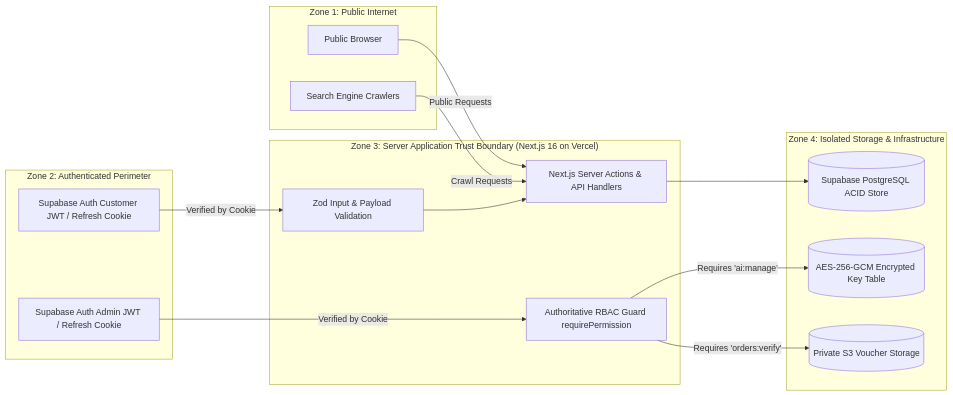
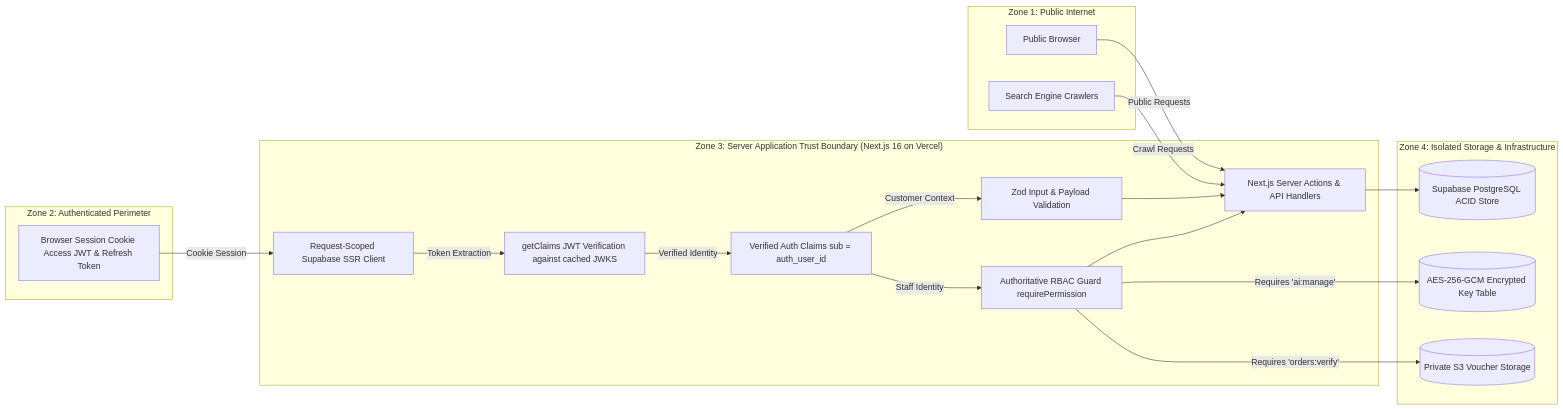
One commit to SaeBryxn/GamerPeru-Vercel changed the second of 2 diagrams in docs/architecture/TECHNOLOGY_ARCHITECTURE.md. Above: the diagram before and after it, drawn with Mermaid. The commit also changed other lines of this file and 4 other files, not shown here.

Commit message:
docs: finalize Supabase Auth integration semantics

````diff
--- a/docs/architecture/TECHNOLOGY_ARCHITECTURE.md
+++ b/docs/architecture/TECHNOLOGY_ARCHITECTURE.md
@@ -137,34 +137,40 @@
 ```mermaid
 graph LR
     subgraph "Zone 1: Public Internet"
         Browser[Public Browser]
         Bot[Search Engine Crawlers]
     end
     
     subgraph "Zone 2: Authenticated Perimeter"
-        CustSession[Supabase Auth Customer JWT / Refresh Cookie]
-        AdminSession[Supabase Auth Admin JWT / Refresh Cookie]
+        BrowserSession[Browser Session Cookie Access JWT & Refresh Token]
     end
     
     subgraph "Zone 3: Server Application Trust Boundary (Next.js 16 on Vercel)"
+        SSRClient[Request-Scoped Supabase SSR Client]
+        JWTVerify[getClaims JWT Verification against cached JWKS]
+        AuthClaims[Verified Auth Claims sub = auth_user_id]
         AppServer[Next.js Server Actions & API Handlers]
         ZodValidator[Zod Input & Payload Validation]
         RBACGuard[Authoritative RBAC Guard requirePermission]
     end
     
     subgraph "Zone 4: Isolated Storage & Infrastructure"
         SupabaseDB[(Supabase PostgreSQL ACID Store)]
         Vault[(AES-256-GCM Encrypted Key Table)]
         PrivateProofs[(Private S3 Voucher Storage)]
     end
     
     Browser -->|Public Requests| AppServer
     Bot -->|Crawl Requests| AppServer
-    CustSession -->|Verified by Cookie| ZodValidator
-    AdminSession -->|Verified by Cookie| RBACGuard
+    BrowserSession -->|Cookie Session| SSRClient
+    SSRClient -->|Token Extraction| JWTVerify
+    JWTVerify -->|Verified Identity| AuthClaims
+    AuthClaims -->|Customer Context| ZodValidator
+    AuthClaims -->|Staff Identity| RBACGuard
     
     RBACGuard -->|Requires 'orders:verify'| PrivateProofs
     RBACGuard -->|Requires 'ai:manage'| Vault
     ZodValidator --> AppServer
+    RBACGuard --> AppServer
     AppServer --> SupabaseDB
 ```
````
